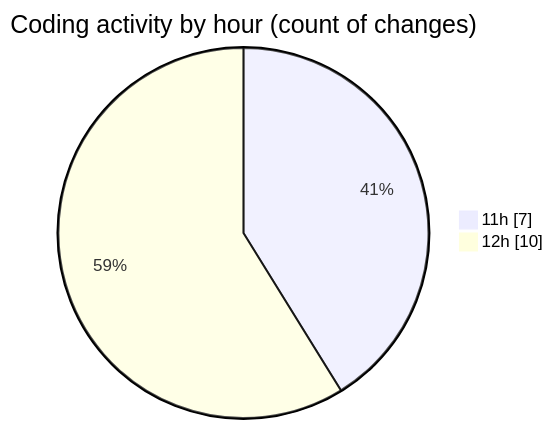
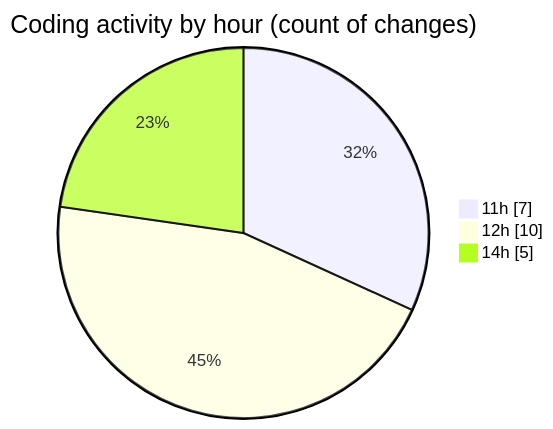
One commit to ricardozamudiocil/code-tracking changed the second of 2 diagrams in 2026-04-09/cilapp/README.md. Above: the diagram before and after it, drawn with Mermaid. The commit also changed other lines of this file and 1 other file, not shown here.

````diff
--- a/2026-04-09/cilapp/README.md
+++ b/2026-04-09/cilapp/README.md
@@ -31,6 +33,7 @@
 ```mermaid
 pie showData
 title Coding activity by hour (count of changes)
 "11h" : 7
 "12h" : 10
+"14h" : 5
 ```
````
